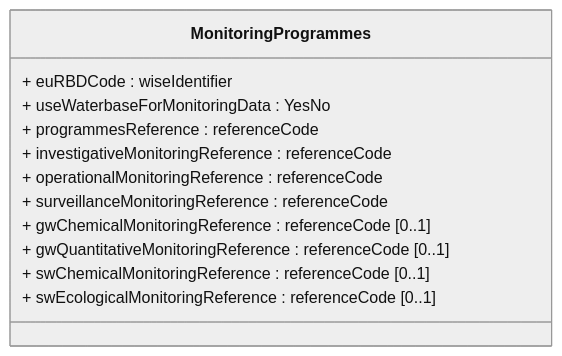
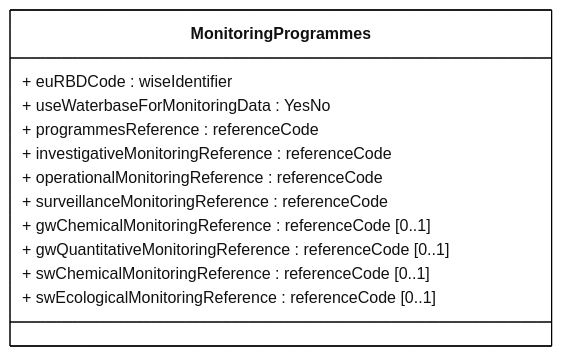
One commit to eeadata/WISE.WFD.Documentation changed the diagram in docs/DataModelReview/mmd/Monitoring_4thCycle_MonitoringProgrammes_ClassDiagram.mmd. Above: the diagram before and after it, drawn with Mermaid. The commit also changed 15 other files, not shown here.

```diff
--- a/docs/DataModelReview/mmd/Monitoring_4thCycle_MonitoringProgrammes_ClassDiagram.mmd
+++ b/docs/DataModelReview/mmd/Monitoring_4thCycle_MonitoringProgrammes_ClassDiagram.mmd
@@ -1,22 +1,25 @@
 ---
 config:
   class:
     hideEmptyMembersBox: true
   layout: dagre
   theme: neutral
 ---
 classDiagram
 direction LR
 
 class MonitoringProgrammes{
   + euRBDCode : wiseIdentifier
   + useWaterbaseForMonitoringData : YesNo
   + programmesReference : referenceCode
   + investigativeMonitoringReference : referenceCode
   + operationalMonitoringReference : referenceCode
   + surveillanceMonitoringReference : referenceCode
   + gwChemicalMonitoringReference : referenceCode [0..1]
   + gwQuantitativeMonitoringReference : referenceCode [0..1]
   + swChemicalMonitoringReference : referenceCode [0..1]
   + swEcologicalMonitoringReference : referenceCode [0..1]
 }
+
+classDef default fill:white,stroke:#000;
+classDef forFixing fill:white,stroke:#f00;
```
